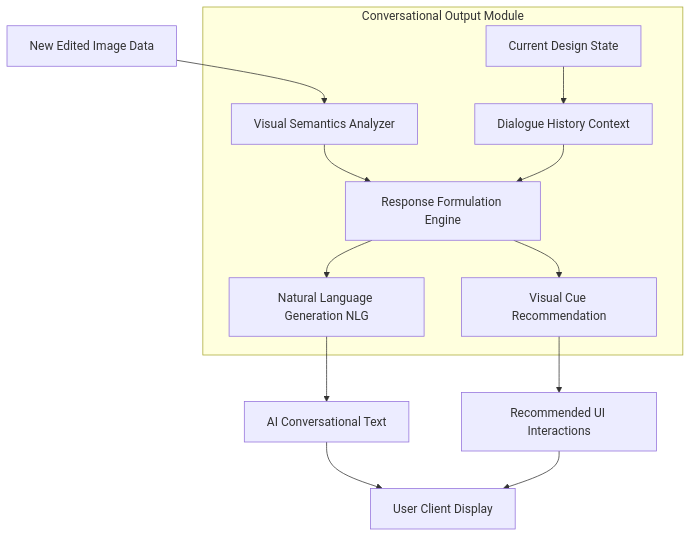
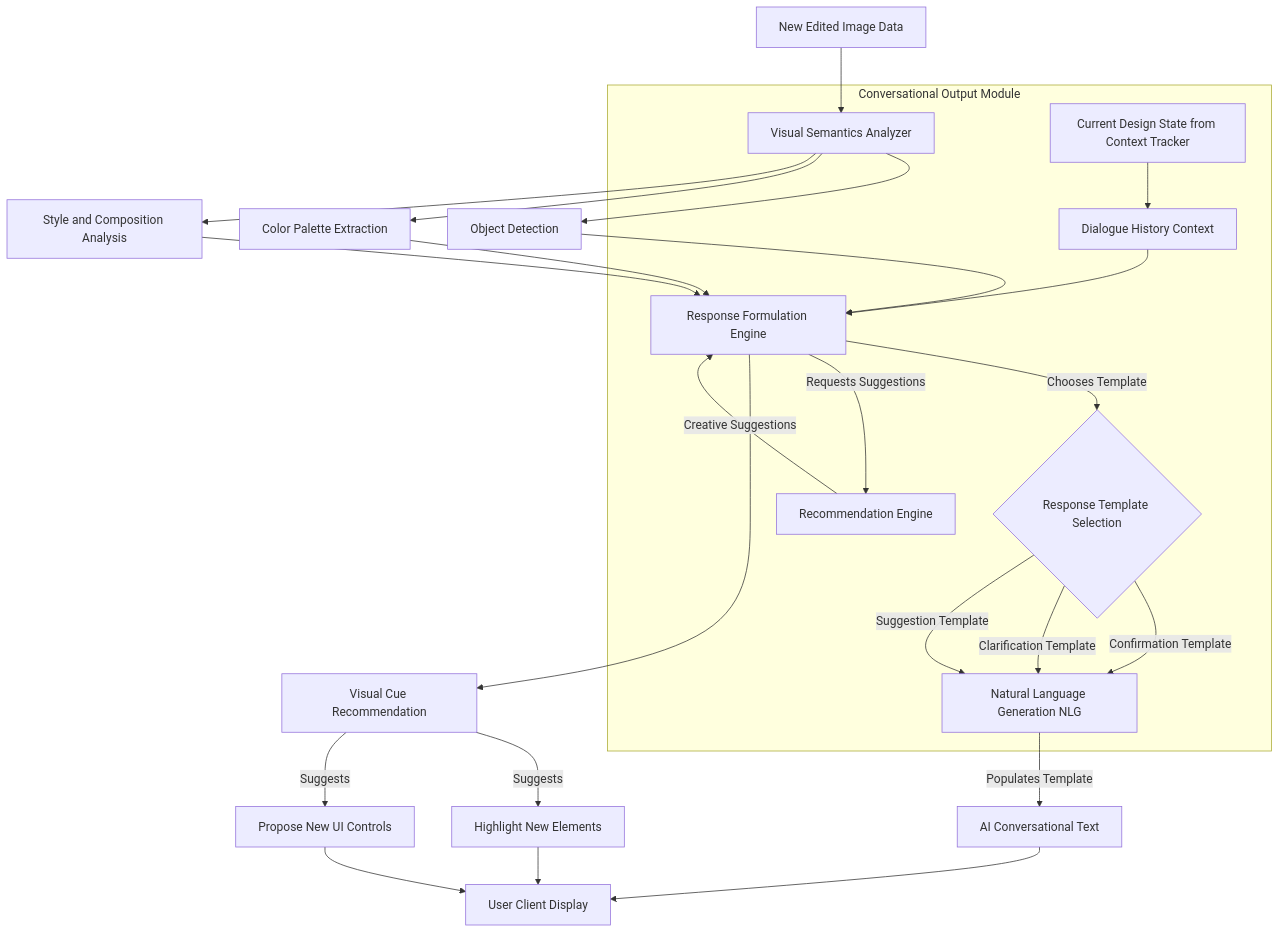
One commit to diplomat-bit/Citibank_Demo_Business_Inc_Demonstration- changed the fifth of 8 diagrams in inventions/003_narrative_generative_image_editing/004_conversational_ai_design_co_creation.md. Above: the diagram before and after it, drawn with Mermaid. The commit also changed other lines of this file, not shown here.

Commit message:
[AI] Edit: inventions/003_narrative_generative_image_editing/004_conversational_ai_design_co_creation.md

````diff
--- a/inventions/003_narrative_generative_image_editing/004_conversational_ai_design_co_creation.md
+++ b/inventions/003_narrative_generative_image_editing/004_conversational_ai_design_co_creation.md
@@ -166,21 +197,31 @@
 ```mermaid
 graph TD
     A[New Edited Image Data] --> B[Visual Semantics Analyzer]
-    C[Current Design State] --> D[Dialogue History Context]
-    B --> E[Response Formulation Engine]
+    B --> B1[Object Detection]
+    B --> B2[Color Palette Extraction]
+    B --> B3[Style and Composition Analysis]
+    C[Current Design State from Context Tracker] --> D[Dialogue History Context]
+    B1 & B2 & B3 --> E[Response Formulation Engine]
     D --> E
-    E --> F[Natural Language Generation NLG]
-    E --> G[Visual Cue Recommendation]
-    F --> H[AI Conversational Text]
-    G --> I[Recommended UI Interactions]
-    H --> J[User Client Display]
-    I --> J
+    E -- Chooses Template --> F{Response Template Selection}
+    F -- Confirmation Template --> G[Natural Language Generation NLG]
+    F -- Clarification Template --> G
+    F -- Suggestion Template --> G
+    E -- Requests Suggestions --> H[Recommendation Engine]
+    H -- Creative Suggestions --> E
+    G -- Populates Template --> I[AI Conversational Text]
+    E --> J[Visual Cue Recommendation]
+    J -- Suggests --> J1[Highlight New Elements]
+    J -- Suggests --> J2[Propose New UI Controls]
+    I --> K[User Client Display]
+    J1 & J2 --> K
     subgraph Conversational Output Module
         B
         C
         D
         E
         F
         G
+        H
     end
 ```
````
